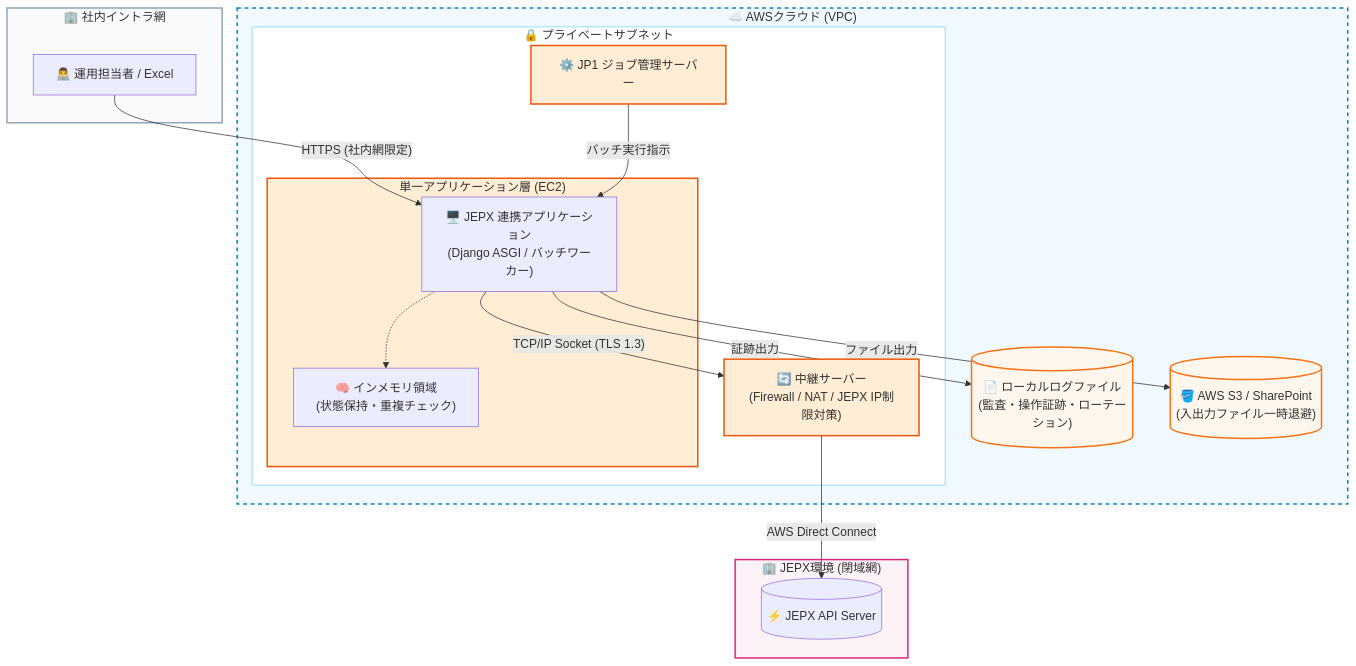
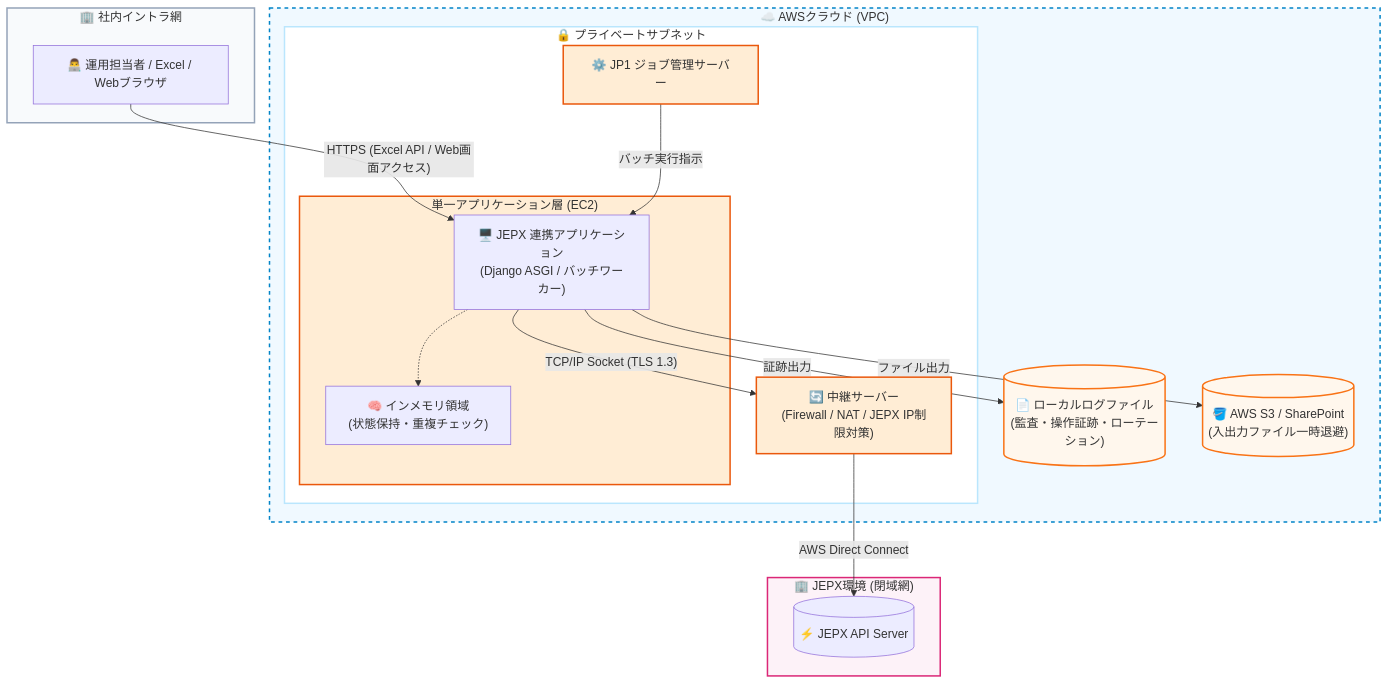
One commit to mkuwan/jepx4 changed the first of 7 diagrams in docs/02.基本設計.md. Above: the diagram before and after it, drawn with Mermaid. The commit also changed other lines of this file and 24 other files, not shown here.

````diff
--- a/docs/02.基本設計.md
+++ b/docs/02.基本設計.md
@@ -80,54 +83,54 @@
 ```mermaid
 graph TD
     %% 外部環境
     subgraph Client ["🏢 社内イントラ網"]
-        User["👨‍💻 運用担当者 / Excel"]
+        User["👨‍💻 運用担当者 / Excel / Webブラウザ"]
     end
     
     subgraph JEPX ["🏢 JEPX環境 (閉域網)"]
         JepxAPI[("⚡ JEPX API Server")]
     end
 
     %% AWS環境
     subgraph AWS ["☁️ AWSクラウド (VPC)"]
         subgraph PrivateSubnet ["🔒 プライベートサブネット"]
             
             subgraph AppServer ["単一アプリケーション層 (EC2)"]
                 App["🖥️ JEPX 連携アプリケーション<br>(Django ASGI / バッチワーカー)"]
                 Mem["🧠 インメモリ領域<br>(状態保持・重複チェック)"]
                 App -.-> Mem
             end
             
             Relay["🔄 中継サーバー<br>(Firewall / NAT / JEPX IP制限対策)"]
             JP1["⚙️ JP1 ジョブ管理サーバー"]
             
         end
         
         Log[("📄 ローカルログファイル<br>(監査・操作証跡・ローテーション)")]
         S3[("🪣 AWS S3 / SharePoint<br>(入出力ファイル一時退避)")]
     end
     
     %% 通信経路
-    User -- "HTTPS (社内網限定)" --> App
+    User -- "HTTPS (Excel API / Web画面アクセス)" --> App
     JP1 -- "バッチ実行指示" --> App
     App -- "TCP/IP Socket (TLS 1.3)" --> Relay
     Relay -- "AWS Direct Connect" --> JepxAPI
     
     App -- "証跡出力" --> Log
     App -- "ファイル出力" --> S3
 
     %% スタイリング
     classDef client fill:#f8fafc,stroke:#94a3b8,stroke-width:2px;
     classDef aws fill:#f0f9ff,stroke:#0284c7,stroke-width:2px,stroke-dasharray: 5 5;
     classDef subnet fill:#ffffff,stroke:#bae6fd,stroke-width:2px;
     classDef ec2 fill:#ffedd5,stroke:#ea580c,stroke-width:2px;
     classDef storage fill:#fff7ed,stroke:#f97316,stroke-width:2px;
     classDef jepx fill:#fdf2f8,stroke:#db2777,stroke-width:2px;
     
     class Client client;
     class AWS aws;
     class PrivateSubnet subnet;
     class AppServer,Relay,JP1 ec2;
     class Log,S3 storage;
     class JEPX jepx;
 ```
````
